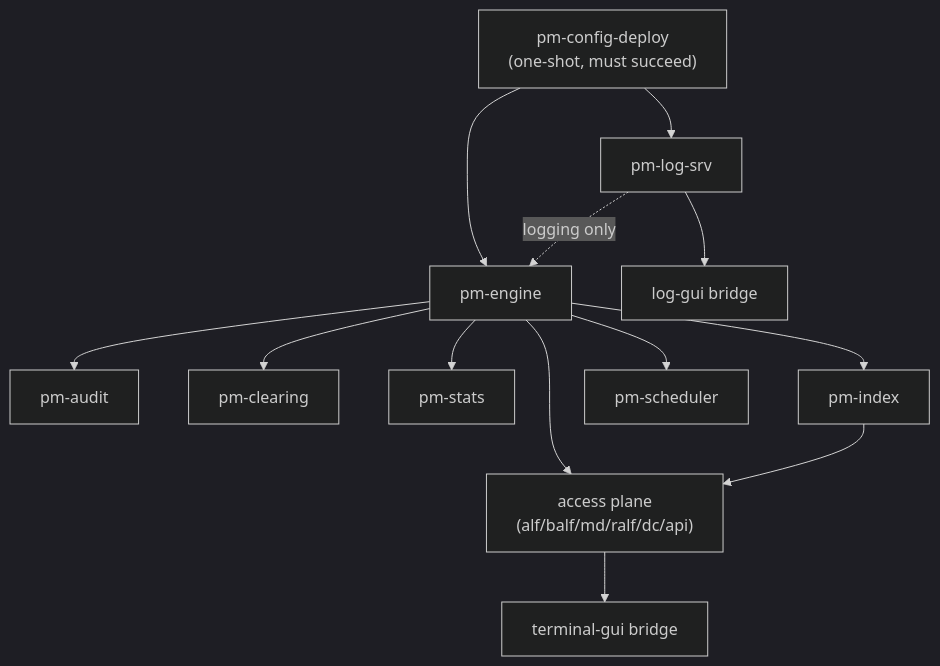
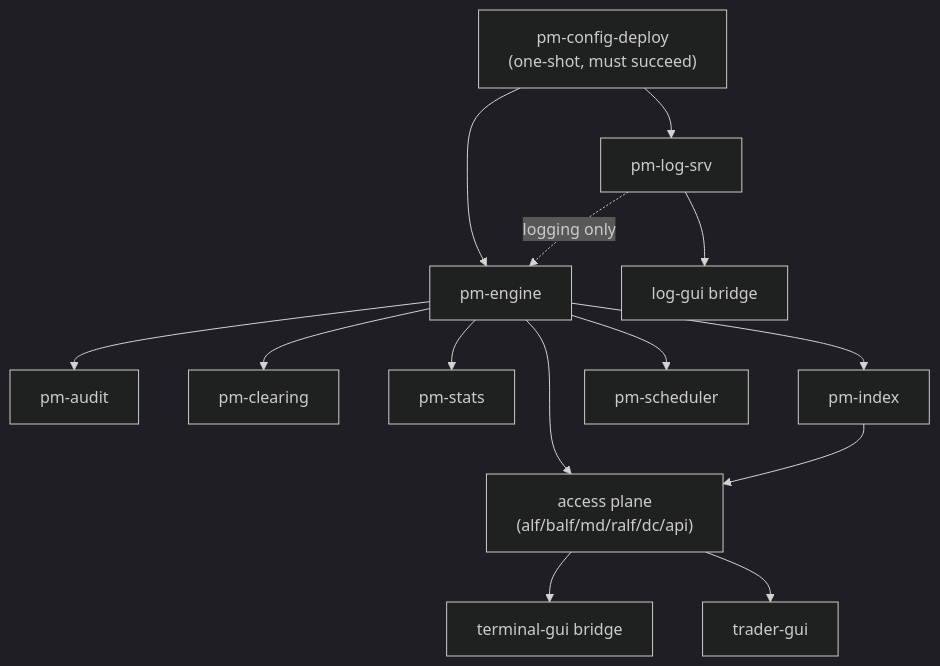
One commit to johan162/EduMatcher changed the second of 2 diagrams in docs-design/EduMatcher-deployment.md. Above: the diagram before and after it, drawn with Mermaid (dark theme). The commit also changed other lines of this file, not shown here.

````diff
--- a/docs-design/EduMatcher-deployment.md
+++ b/docs-design/EduMatcher-deployment.md
@@ -304,15 +314,16 @@
 ```mermaid
 flowchart TD
     CFG["pm-config-deploy<br/>(one-shot, must succeed)"] --> LOG["pm-log-srv"]
     CFG --> ENGINE["pm-engine"]
     LOG -.->|"logging only"| ENGINE
     ENGINE --> AUDIT["pm-audit"]
     ENGINE --> CLEAR["pm-clearing"]
     ENGINE --> STATS["pm-stats"]
     ENGINE --> INDEX["pm-index"]
     ENGINE --> SCHED["pm-scheduler"]
     ENGINE --> GWY["access plane<br/>(alf/balf/md/ralf/dc/api)"]
     INDEX --> GWY
     GWY --> TD["terminal-gui bridge"]
+    GWY --> TG["trader-gui"]
     LOG --> LG["log-gui bridge"]
 ```
````
